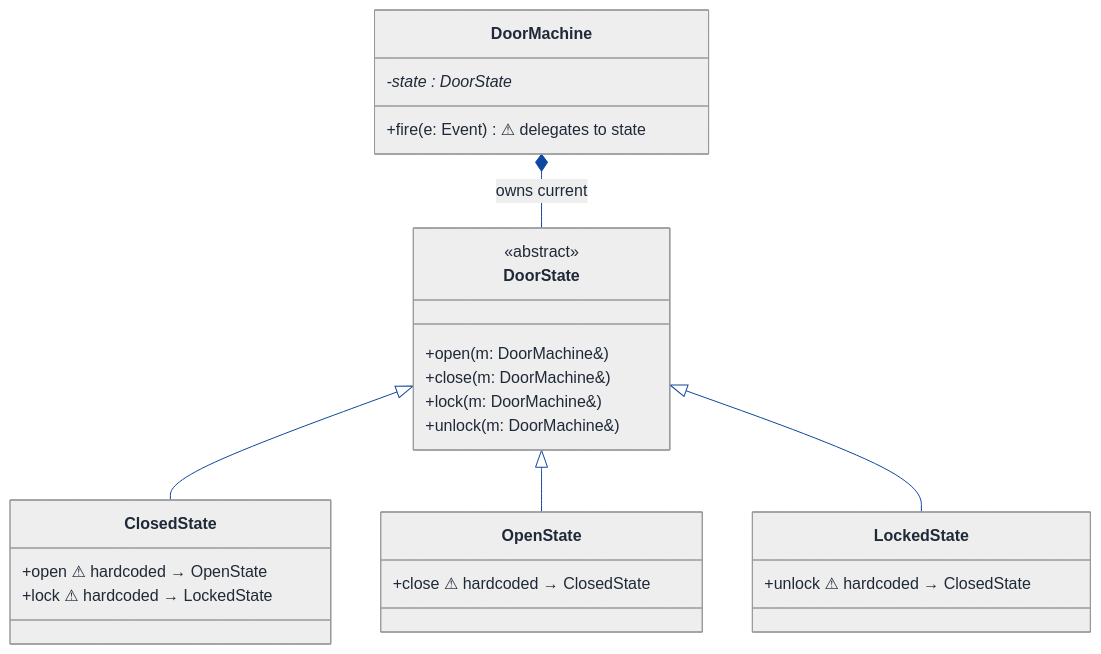
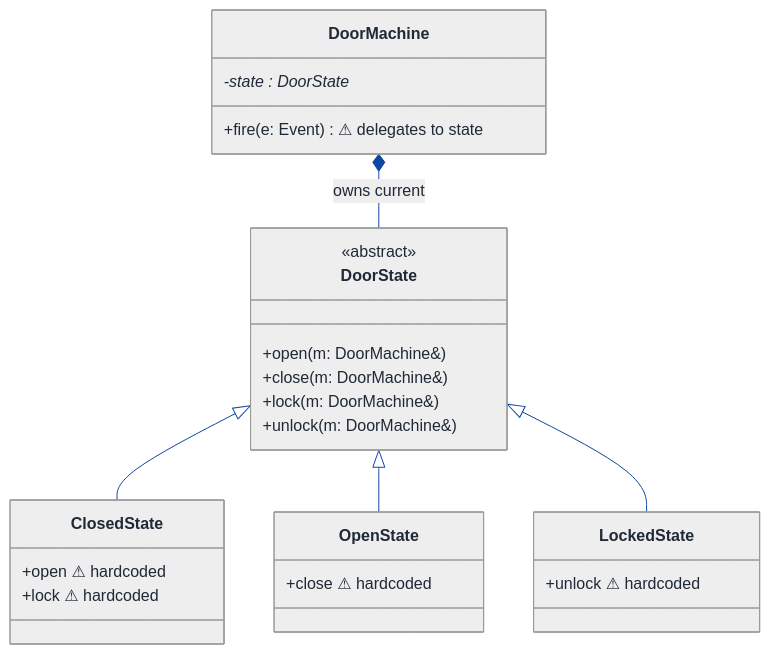
Before and after one commit to Prateek-5/question-bank: the first of 8 diagrams in LLD/Topics/State_Pattern/State_Machine_Framework.md, drawn with Mermaid. The commit also changed 61 other files, not shown here.

First line of the commit message:
Fix invalid mermaid classDiagram member syntax across LLD walkthroughs

````diff
--- a/LLD/Topics/State_Pattern/State_Machine_Framework.md
+++ b/LLD/Topics/State_Pattern/State_Machine_Framework.md
@@ -149,61 +149,61 @@
 ```mermaid
 ---
 config:
   theme: neutral
   themeVariables:
     background: '#ffffff'
     primaryColor: '#cfe2ff'
     primaryTextColor: '#1f2937'
     primaryBorderColor: '#084298'
     secondaryColor: '#fff3cd'
     secondaryTextColor: '#1f2937'
     secondaryBorderColor: '#664d03'
     tertiaryColor: '#d1e7dd'
     tertiaryTextColor: '#1f2937'
     tertiaryBorderColor: '#0a3622'
     lineColor: '#0d47a1'
     textColor: '#1f2937'
     noteBkgColor: '#fff3cd'
     noteTextColor: '#1f2937'
     noteBorderColor: '#997404'
     actorBkg: '#cfe2ff'
     actorBorder: '#084298'
     actorTextColor: '#1f2937'
     signalColor: '#0d47a1'
     signalTextColor: '#1f2937'
     labelBoxBkgColor: '#ffffff'
     labelBoxBorderColor: '#d3d3d3'
     labelTextColor: '#1f2937'
     edgeLabelBackground: '#ffffff'
     labelBackground: '#ffffff'
     classText: '#1f2937'
     fontFamily: 'system-ui, -apple-system, Segoe UI, Helvetica, Arial, sans-serif'
 ---
 classDiagram
   direction TB
   class DoorMachine {
     -state : DoorState*
     +fire(e: Event)  ⚠ delegates to state
   }
   class DoorState {
     <<abstract>>
     +open(m: DoorMachine&)
     +close(m: DoorMachine&)
     +lock(m: DoorMachine&)
     +unlock(m: DoorMachine&)
   }
   class ClosedState {
-    +open ⚠ hardcoded → OpenState
-    +lock ⚠ hardcoded → LockedState
+    +open ⚠ hardcoded
+    +lock ⚠ hardcoded
   }
   class OpenState {
-    +close ⚠ hardcoded → ClosedState
+    +close ⚠ hardcoded
   }
   class LockedState {
-    +unlock ⚠ hardcoded → ClosedState
+    +unlock ⚠ hardcoded
   }
   DoorMachine *-- DoorState : owns current
   DoorState <|-- ClosedState
   DoorState <|-- OpenState
   DoorState <|-- LockedState
 ```
````
